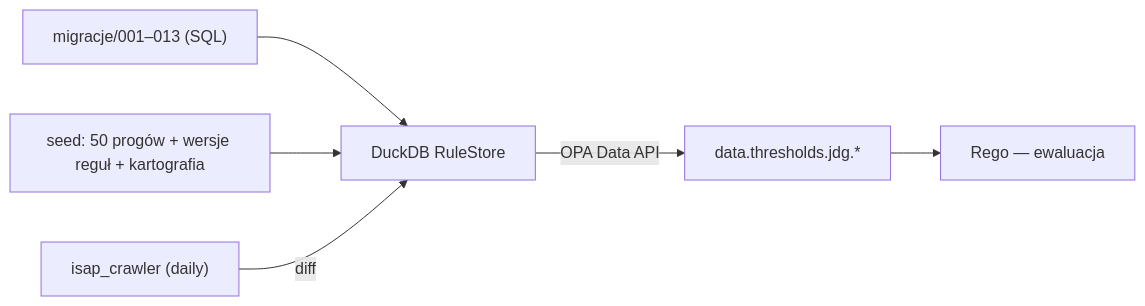
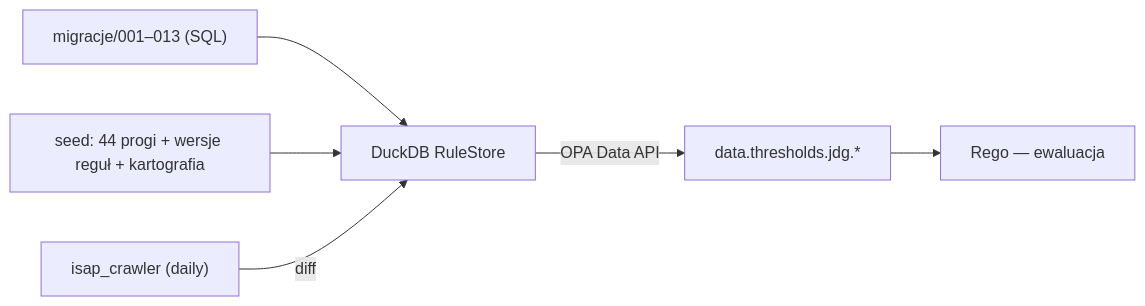
The second of 2 diagrams in JDG/docs/STRUKTURA_PROJEKTU.md (Gorski-Maciej/NexusAI), drawn with Mermaid before and after one commit. The commit also changed other lines of this file and 47 other files, not shown here.

````diff
--- a/JDG/docs/STRUKTURA_PROJEKTU.md
+++ b/JDG/docs/STRUKTURA_PROJEKTU.md
@@ -527,8 +527,8 @@
 ```mermaid
 flowchart LR
     MIG["migracje/001–013 (SQL)"] --> DUCK["DuckDB RuleStore"]
-    SEED["seed: 50 progów + wersje reguł + kartografia"] --> DUCK
+    SEED["seed: 44 progi + wersje reguł + kartografia"] --> DUCK
     DUCK -->|OPA Data API| DATA["data.thresholds.jdg.*"]
     DATA --> REGO["Rego — ewaluacja"]
     ISAP["isap_crawler (daily)"] -->|diff| DUCK
 ```
````
